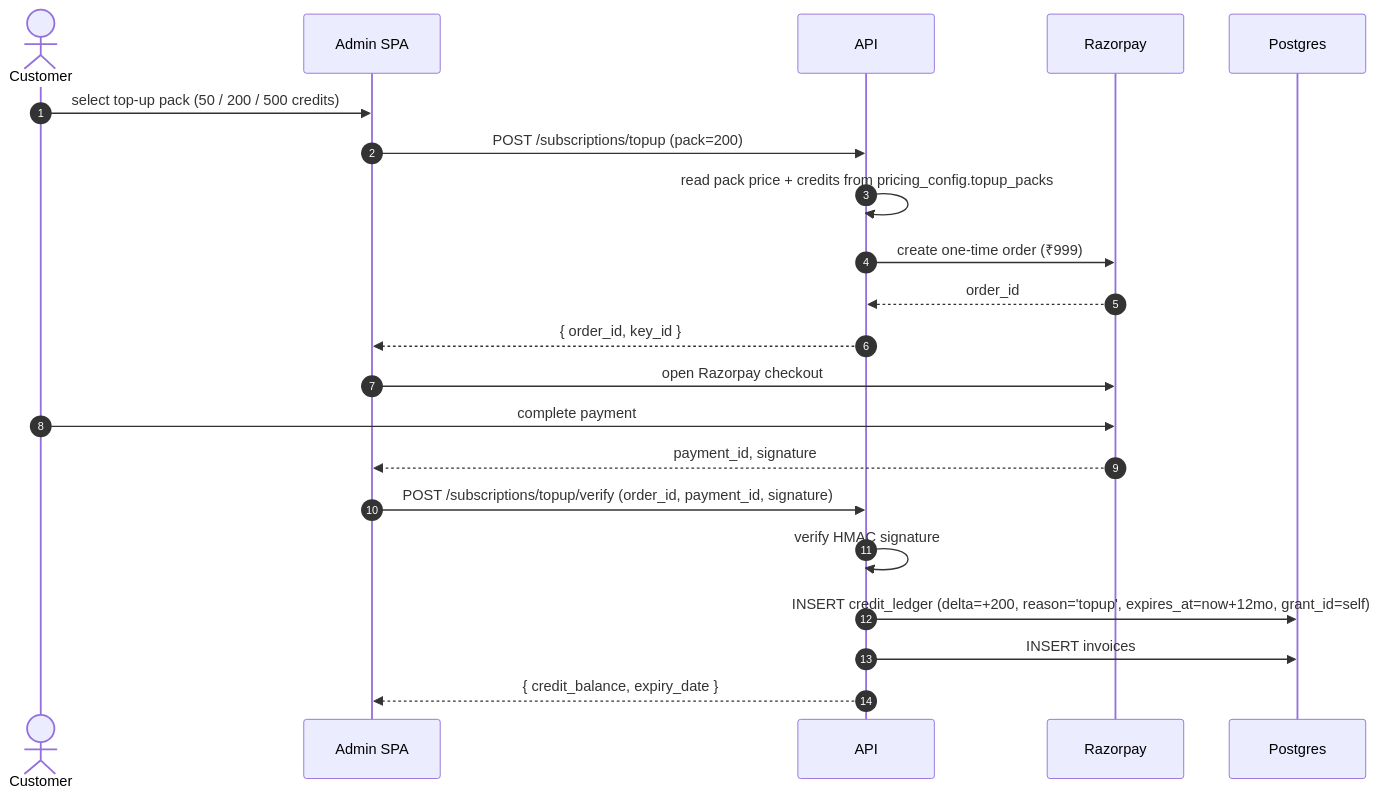
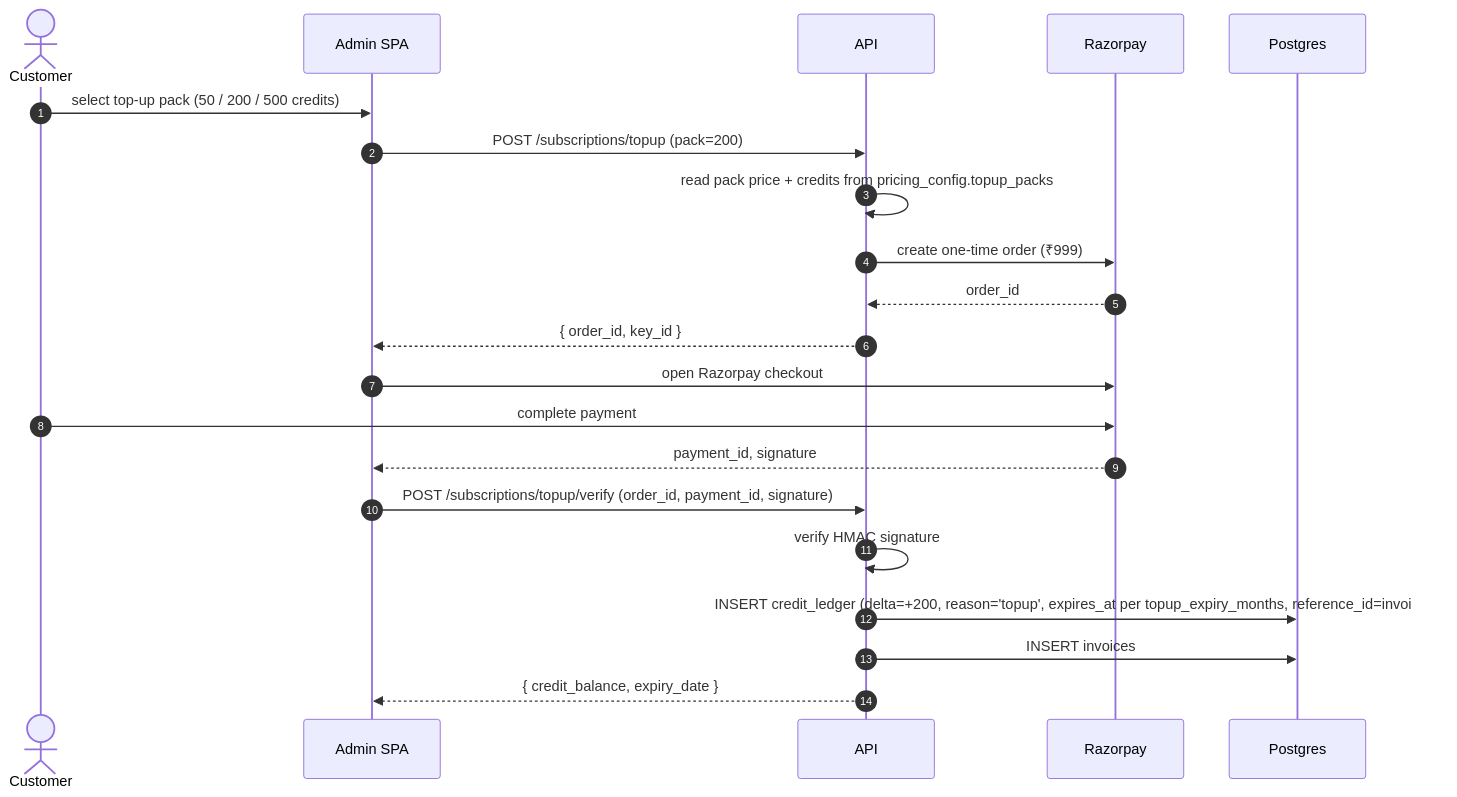
One commit to digibranders/oye-chats-platform changed the second of 3 diagrams in docs/system-design/docs/04-flows/billing-checkout.md. Above: the diagram before and after it, drawn with Mermaid. The commit also changed other lines of this file and 35 other files, not shown here.

First line of the commit message:
docs(system-design): the architecture site described a system two rewrites old

````diff
--- a/docs/system-design/docs/04-flows/billing-checkout.md
+++ b/docs/system-design/docs/04-flows/billing-checkout.md
@@ -70,25 +66,25 @@
 ```mermaid
 sequenceDiagram
     autonumber
     actor Cust as Customer
     participant Admin as Admin SPA
     participant API
     participant RZP as Razorpay
     participant DB as Postgres
 
     Cust->>Admin: select top-up pack (50 / 200 / 500 credits)
     Admin->>API: POST /subscriptions/topup (pack=200)
     API->>API: read pack price + credits from pricing_config.topup_packs
     API->>RZP: create one-time order (₹999)
     RZP-->>API: order_id
     API-->>Admin: { order_id, key_id }
     Admin->>RZP: open Razorpay checkout
     Cust->>RZP: complete payment
     RZP-->>Admin: payment_id, signature
 
     Admin->>API: POST /subscriptions/topup/verify (order_id, payment_id, signature)
     API->>API: verify HMAC signature
-    API->>DB: INSERT credit_ledger (delta=+200, reason='topup', expires_at=now+12mo, grant_id=self)
+    API->>DB: INSERT credit_ledger (delta=+200, reason='topup', expires_at per topup_expiry_months, reference_id=invoice.id)
     API->>DB: INSERT invoices
     API-->>Admin: { credit_balance, expiry_date }
 ```
````
